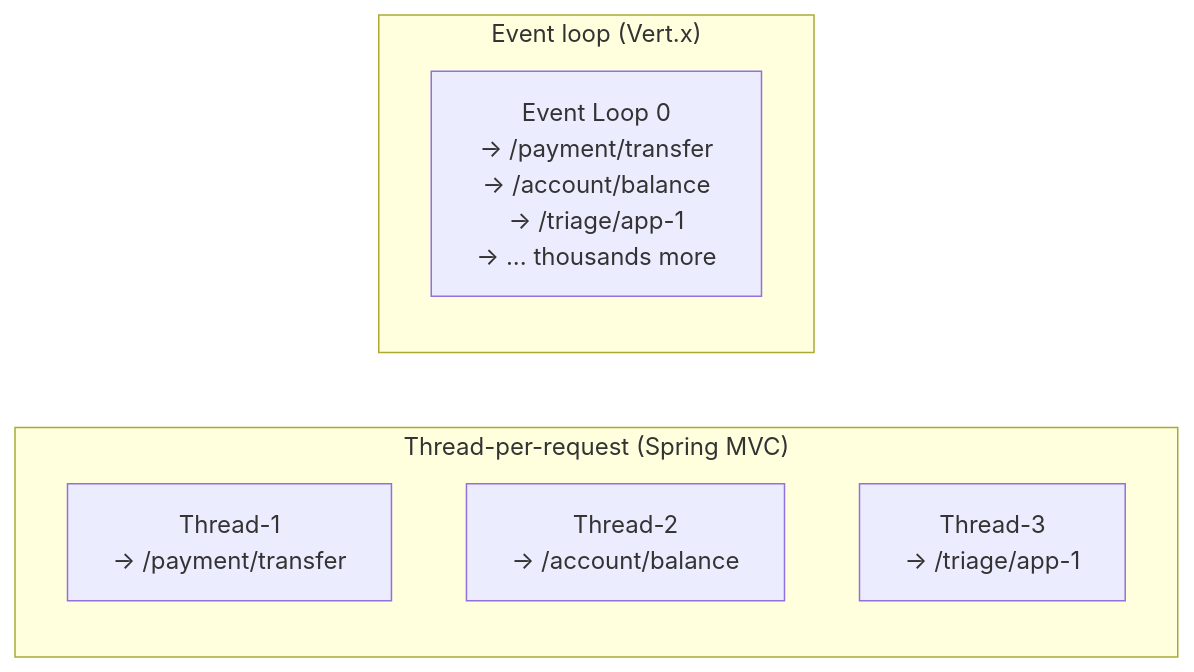
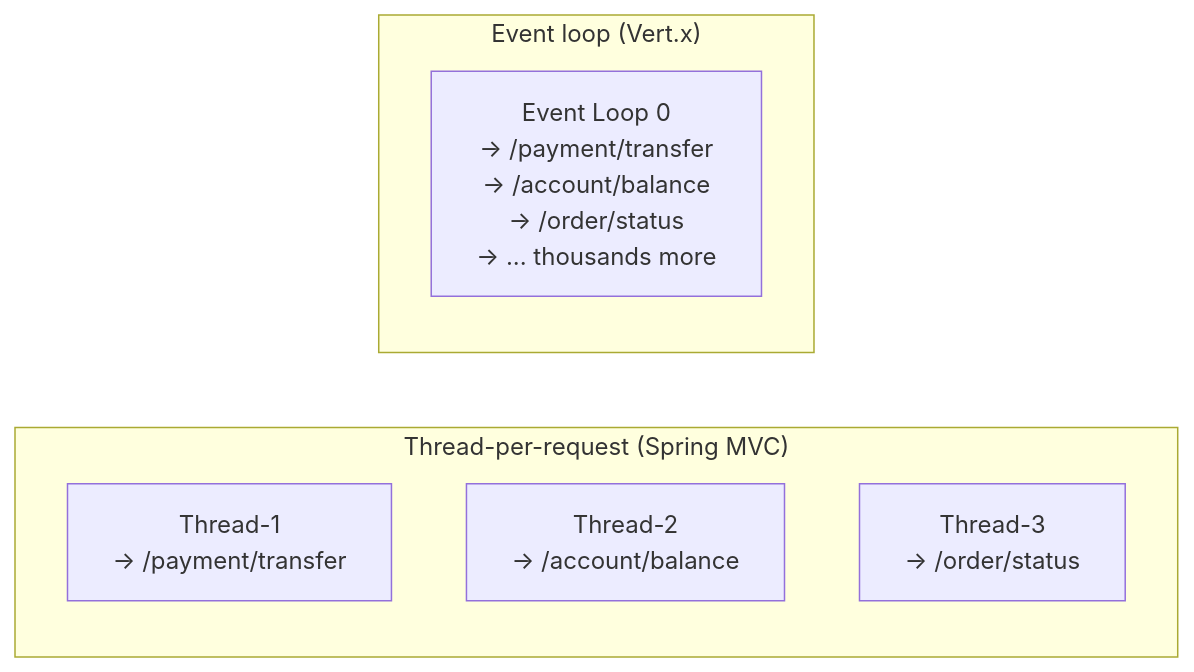
One commit to aff0gat000/pyroscope changed the first of 9 diagrams in docs/vertx-labeling-guide.md. Above: the diagram before and after it, drawn with Mermaid. The commit also changed other lines of this file and 1 other file, not shown here.

````diff
--- a/docs/vertx-labeling-guide.md
+++ b/docs/vertx-labeling-guide.md
@@ -42,12 +42,12 @@
 ```mermaid
 graph LR
     subgraph "Thread-per-request (Spring MVC)"
         T1["Thread-1<br/>→ /payment/transfer"]
         T2["Thread-2<br/>→ /account/balance"]
-        T3["Thread-3<br/>→ /triage/app-1"]
+        T3["Thread-3<br/>→ /order/status"]
     end
 
     subgraph "Event loop (Vert.x)"
-        EL["Event Loop 0<br/>→ /payment/transfer<br/>→ /account/balance<br/>→ /triage/app-1<br/>→ ... thousands more"]
+        EL["Event Loop 0<br/>→ /payment/transfer<br/>→ /account/balance<br/>→ /order/status<br/>→ ... thousands more"]
     end
 ```
````
